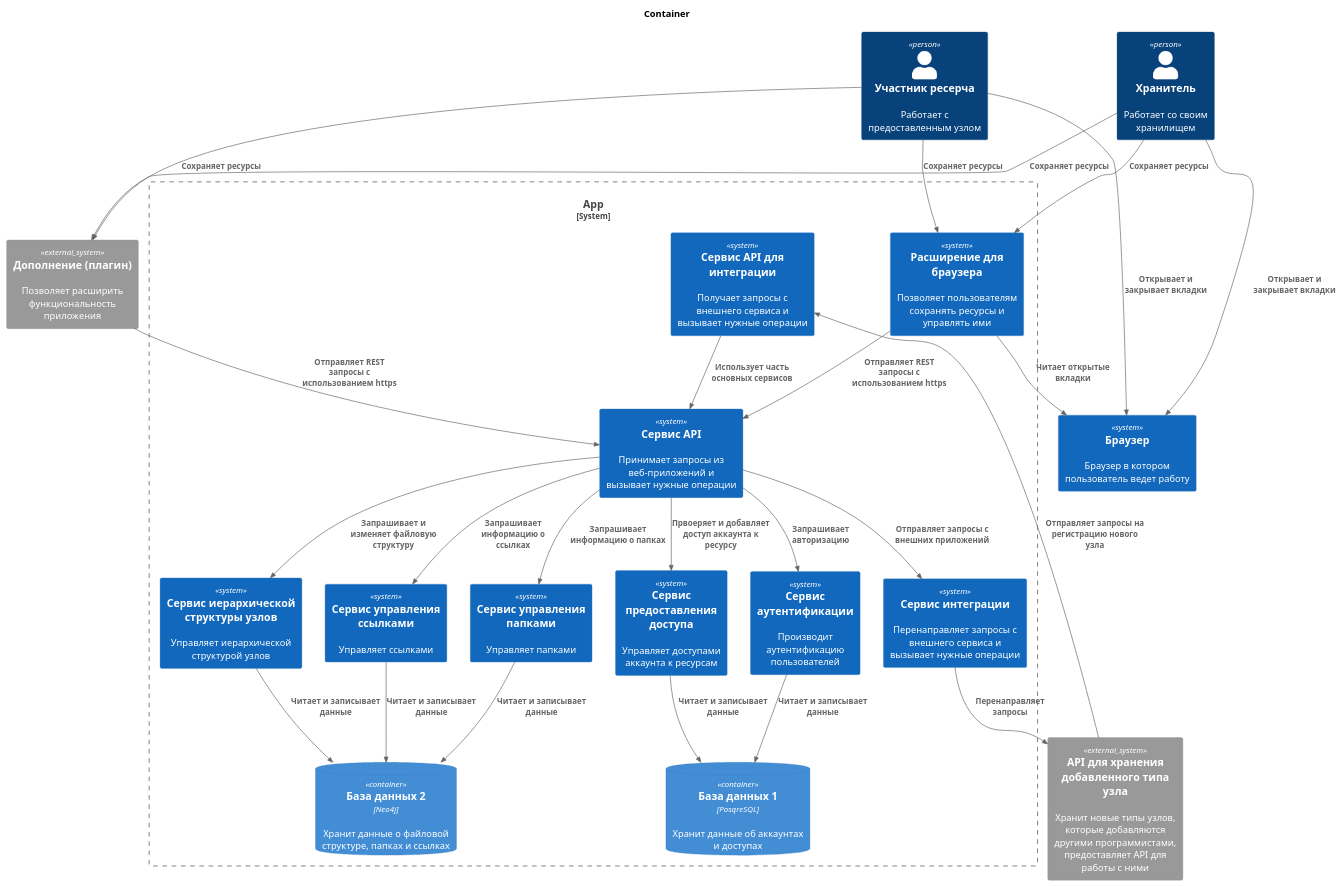
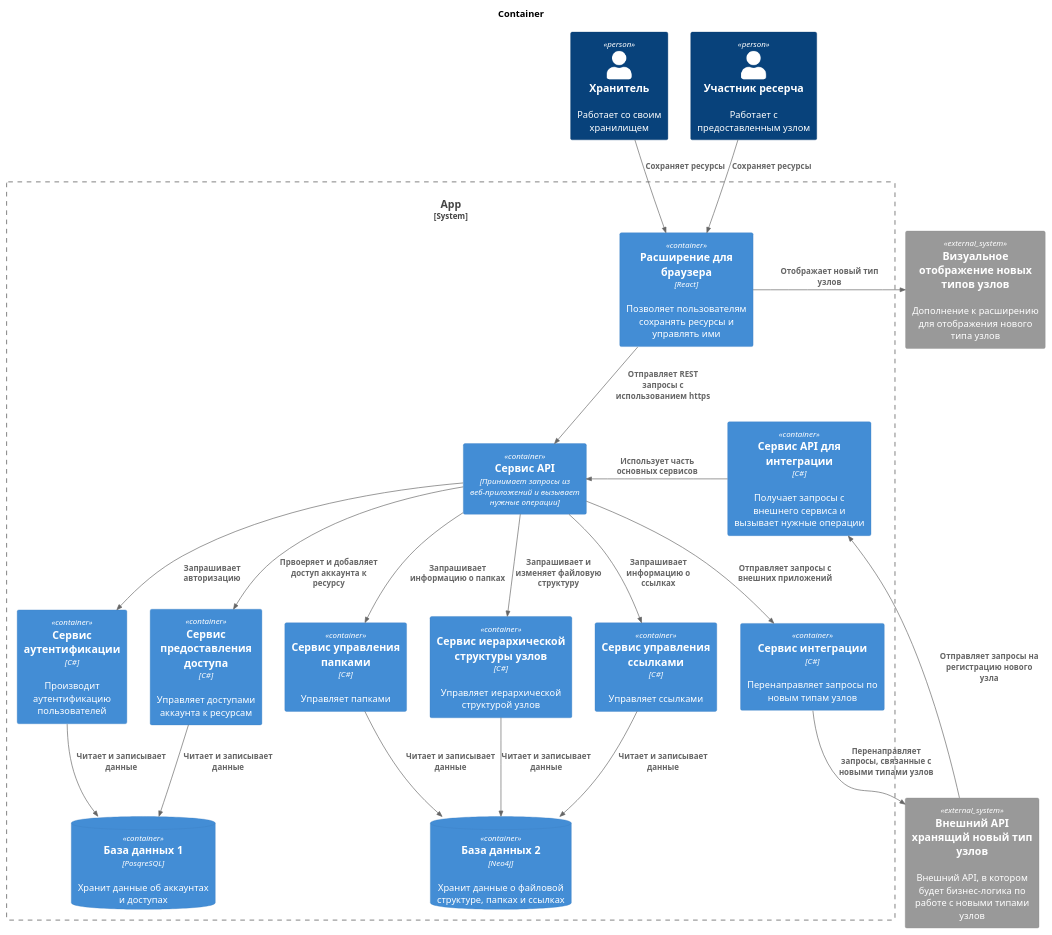
One commit to k-sannikov/links-arch changed the diagram in 2. Технический проект/C4-Container.md. Above: the diagram before and after it, drawn with PlantUML. The commit also changed 5 other files, not shown here.

````diff
--- a/2. Технический проект/C4-Container.md
+++ b/2. Технический проект/C4-Container.md
@@ -1,61 +1,53 @@
 ```plantuml
 !include https://raw.githubusercontent.com/plantuml-stdlib/C4-PlantUML/master/C4_Container.puml
 
 title Container
 
 Person(Customer, "Хранитель", "Работает со своим хранилищем")
 Person(Guest, "Участник ресерча", "Работает с предоставленным узлом")
 
-System(Browser, "Браузер", "Браузер в котором пользователь ведет работу")
-
-System_Ext(WebApplication2, "Дополнение (плагин)", "Позволяет расширить функциональность приложения")
-System_Ext(ExtApi, "API для хранения добавленного типа узла", "Хранит новые типы узлов, которые добавляются другими программистами, предоставляет API для работы с ними")    
+System_Ext(WebApplication2, "Визуальное отображение новых типов узлов", "Дополнение к расширению для отображения нового типа узлов")
+System_Ext(ExtApi, "Внешний API хранящий новый тип узлов", "Внешний API, в котором будет бизнес-логика по работе с новыми типами узлов")    
 
 System_Boundary(app, "App") {
-    System(WebApplication1, "Расширение для браузера", "Позволяет пользователям сохранять ресурсы и управлять ими")
-    System(ApiService, "Сервис API", "Принимает запросы из веб-приложений и вызывает нужные операции")    
-    System(IntegrationApi, "Сервис API для интеграции", "Получает запросы с внешнего сервиса и вызывает нужные операции")
-    System(Auth, "Сервис аутентификации", "Производит аутентификацию пользователей")
-    System(FileSystem, "Сервис иерархической структуры узлов", "Управляет иерархической структурой узлов")
-    System(Access, "Сервис предоставления доступа", "Управляет доступами аккаунта к ресурсам")
-    System(Links, "Сервис управления ссылками", "Управляет ссылками")
-    System(Folder, "Сервис управления папками", "Управляет папками")
-    System(Proxy, "Сервис интеграции", "Перенаправляет запросы с внешнего сервиса и вызывает нужные операции")
+    Container(WebApplication1, "Расширение для браузера", "React", "Позволяет пользователям сохранять ресурсы и управлять ими")
+    Container(ApiService, "Сервис API", "Принимает запросы из веб-приложений и вызывает нужные операции")    
+    Container(IntegrationApi, "Сервис API для интеграции", "C#", "Получает запросы с внешнего сервиса и вызывает нужные операции")
+    Container(Auth, "Сервис аутентификации", "C#", "Производит аутентификацию пользователей")
+    Container(FileSystem, "Сервис иерархической структуры узлов", "C#", "Управляет иерархической структурой узлов")
+    Container(Access, "Сервис предоставления доступа", "C#", "Управляет доступами аккаунта к ресурсам")
+    Container(Links, "Сервис управления ссылками", "C#", "Управляет ссылками")
+    Container(Folder, "Сервис управления папками", "C#", "Управляет папками")
+    Container(Proxy, "Сервис интеграции", "C#", "Перенаправляет запросы по новым типам узлов")
 
     ContainerDb(DataBase1, "База данных 1", "PosqreSQL", "Хранит данные об аккаунтах и доступах")
     ContainerDb(DataBase2, "База данных 2", "Neo4j", "Хранит данные о файловой структуре, папках и ссылках")
 }
 
 Rel(Customer, WebApplication1, "Сохраняет ресурсы")
-Rel(Customer, WebApplication2, "Сохраняет ресурсы")
-Rel(Customer, Browser, "Открывает и закрывает вкладки")
+Rel(Guest, WebApplication1, "Сохраняет ресурсы")
 
-Rel(Guest, WebApplication1, "Сохраняет ресурсы")
-Rel(Guest, WebApplication2, "Сохраняет ресурсы")
-Rel(Guest, Browser, "Открывает и закрывает вкладки")
-
-Rel(WebApplication1, Browser, "Читает открытые вкладки")
+Rel_Right(WebApplication1, WebApplication2, "Отображает новый тип узлов")
 Rel(WebApplication1, ApiService, "Отправляет REST запросы с использованием https")
-Rel(WebApplication2, ApiService, "Отправляет REST запросы с использованием https")
-
-Rel(ExtApi, IntegrationApi, "Отправляет запросы на регистрацию нового узла")
 
 Rel(ApiService, Auth, "Запрашивает авторизацию")
 Rel(ApiService, FileSystem, "Запрашивает и изменяет файловую структуру")
 Rel(ApiService, Access, "Првоеряет и добавляет доступ аккаунта к ресурсу")
 Rel(ApiService, Folder, "Запрашивает информацию о папках")
 Rel(ApiService, Links, "Запрашивает информацию о ссылках")
 Rel(ApiService, Proxy, "Отправляет запросы с внешних приложений")
 
-Rel(Proxy, ExtApi, "Перенаправляет запросы")
-
 Rel(Auth, DataBase1, "Читает и записывает данные")
 Rel(Access, DataBase1, "Читает и записывает данные")
 
 Rel(Links, DataBase2, "Читает и записывает данные")
 Rel(Folder, DataBase2, "Читает и записывает данные")
 Rel(FileSystem, DataBase2, "Читает и записывает данные")
 
-Rel(IntegrationApi, ApiService, "Использует часть основных сервисов")
+Rel(Proxy, ExtApi, "Перенаправляет запросы, связанные с новыми типами узлов")
+
+Rel_Left(IntegrationApi, ApiService, "Использует часть основных сервисов")
+Rel(ExtApi, IntegrationApi, "Отправляет запросы на регистрацию нового узла")
+
 
 ```
````
